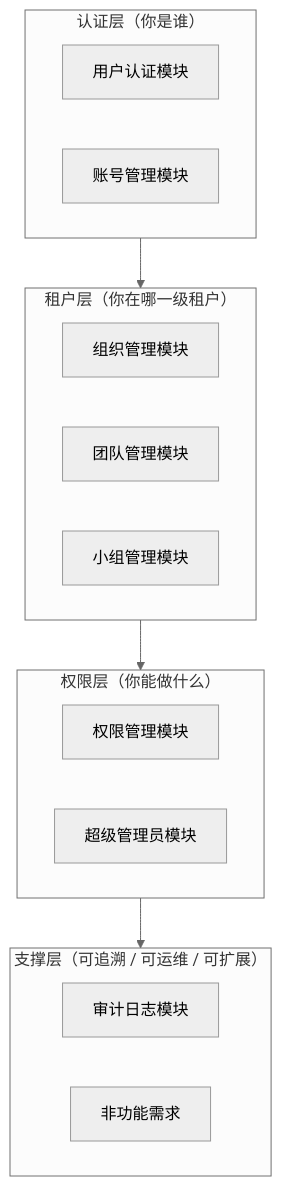
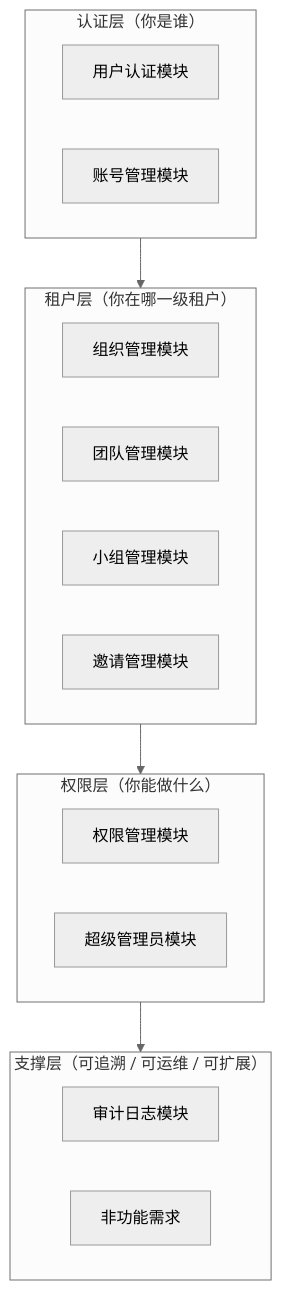
The first of 2 diagrams in wiki/02-需求与产品设计/01-产品PRD/产品PRD.md (huangsf89757/XYFamily), drawn with Mermaid (neutral theme) before and after one commit. The commit also changed other lines of this file and 176 other files, not shown here.

````diff
--- a/wiki/02-需求与产品设计/01-产品PRD/产品PRD.md
+++ b/wiki/02-需求与产品设计/01-产品PRD/产品PRD.md
@@ -82,21 +83,22 @@
 ```mermaid
 graph TB
     subgraph AUTH[认证层（你是谁）]
         A1[用户认证模块]
         A2[账号管理模块]
     end
     subgraph TENANT[租户层（你在哪一级租户）]
         T1[组织管理模块]
         T2[团队管理模块]
         T3[小组管理模块]
+        T4[邀请管理模块]
     end
     subgraph PERM[权限层（你能做什么）]
         P1[权限管理模块]
         P2[超级管理员模块]
     end
     subgraph SUPPORT[支撑层（可追溯 / 可运维 / 可扩展）]
         S1[审计日志模块]
         S2[非功能需求]
     end
     AUTH --> TENANT --> PERM --> SUPPORT
 ```
````
